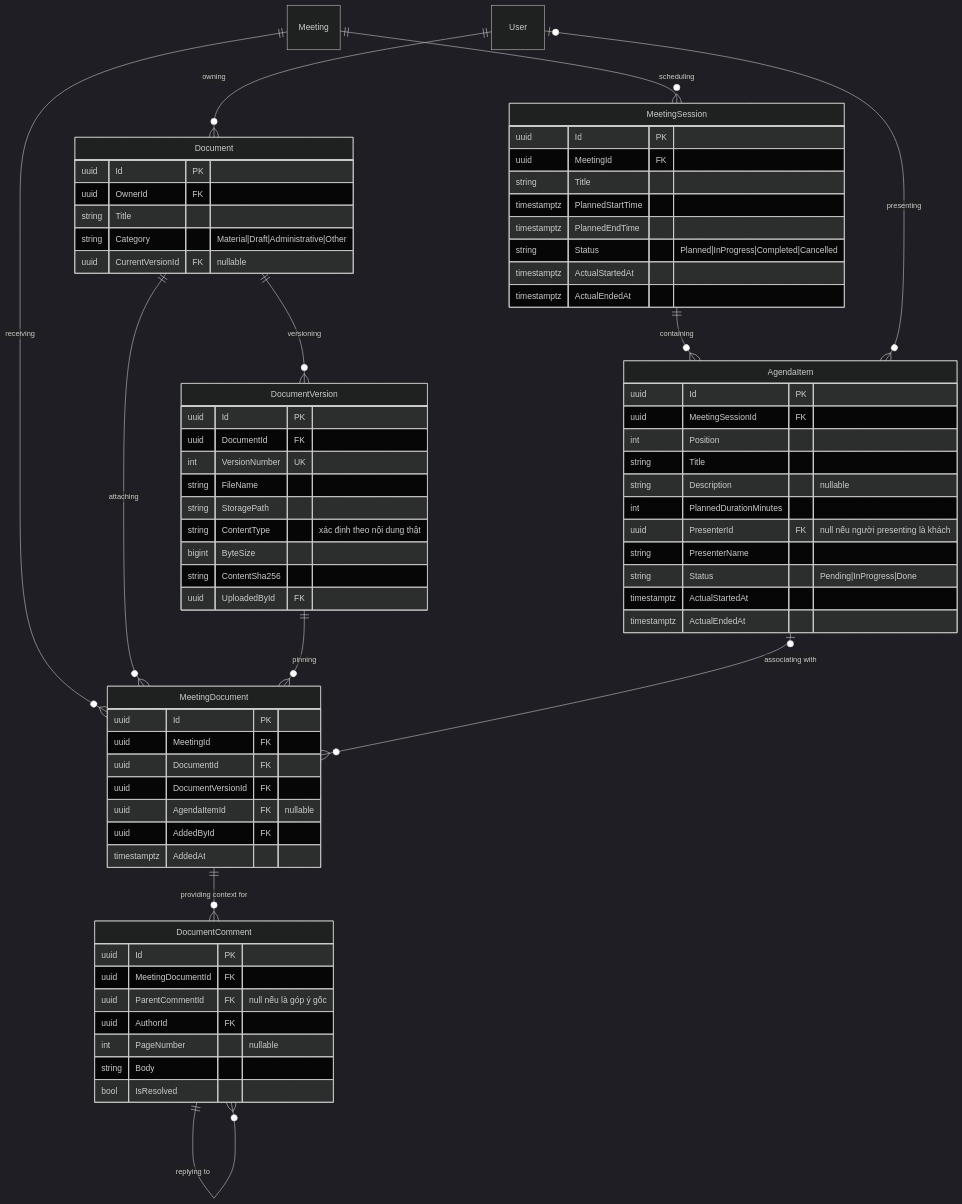
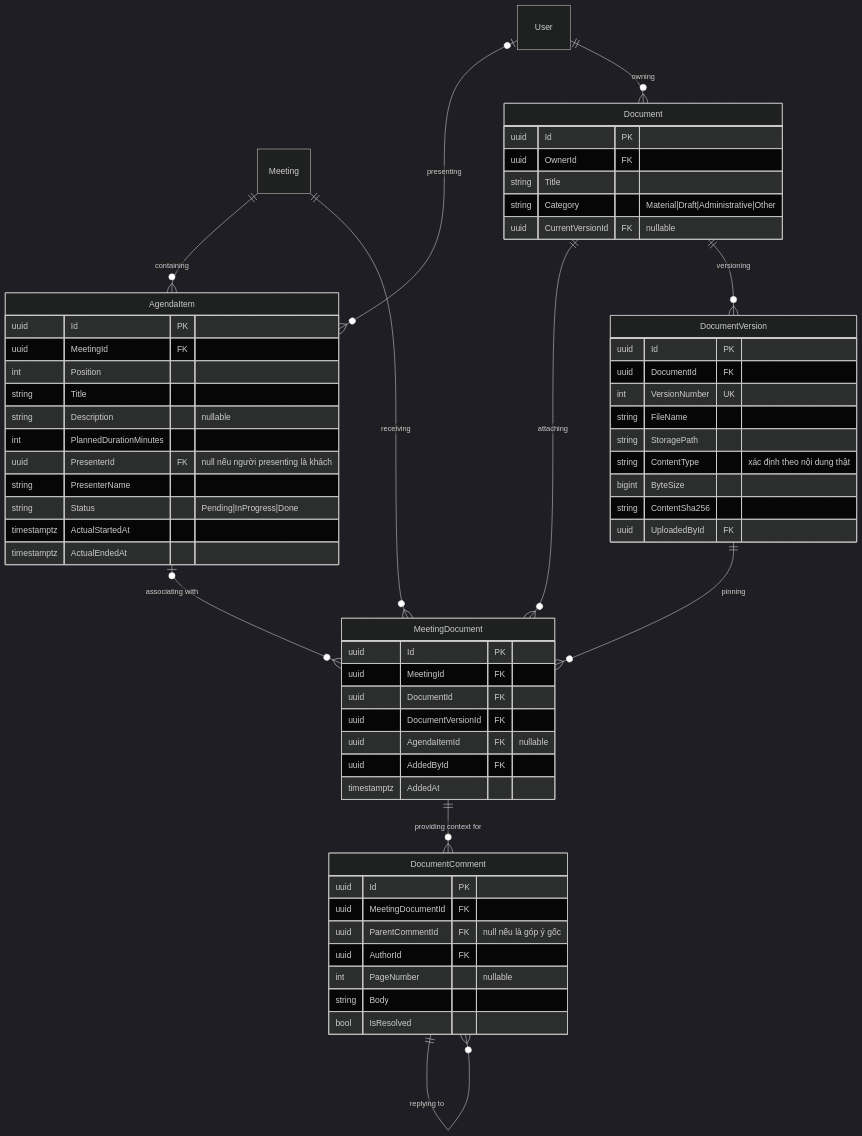
Before and after one commit to callmehai/FU-FA26-G116: the second of 6 diagrams in docs/02-design/02-erd.md, drawn with Mermaid (dark theme). The commit also changed other lines of this file and 244 other files, not shown here.

First line of the commit message:
[Doc]: Đồng bộ toàn bộ docs theo nghiệp vụ mới — bỏ Meeting Session, gom và đánh số lại 70 UC

````diff
--- a/docs/02-design/02-erd.md
+++ b/docs/02-design/02-erd.md
@@ -157,75 +163,63 @@
 ```mermaid
 erDiagram
-    Meeting ||--o{ MeetingSession : "scheduling"
-    MeetingSession ||--o{ AgendaItem : "containing"
+    Meeting ||--o{ AgendaItem : "containing"
     User o|--o{ AgendaItem : "presenting"
     User ||--o{ Document : "owning"
     Meeting ||--o{ MeetingDocument : "receiving"
     Document ||--o{ MeetingDocument : "attaching"
     DocumentVersion ||--o{ MeetingDocument : "pinning"
     AgendaItem o|--o{ MeetingDocument : "associating with"
     MeetingDocument ||--o{ DocumentComment : "providing context for"
     Document ||--o{ DocumentVersion : "versioning"
     DocumentComment ||--o{ DocumentComment : "replying to"
 
-    MeetingSession {
+    AgendaItem {
         uuid Id PK
         uuid MeetingId FK
-        string Title
-        timestamptz PlannedStartTime
-        timestamptz PlannedEndTime
-        string Status "Planned|InProgress|Completed|Cancelled"
-        timestamptz ActualStartedAt
-        timestamptz ActualEndedAt
-    }
-
-    AgendaItem {
-        uuid Id PK
-        uuid MeetingSessionId FK
         int Position
         string Title
         string Description "nullable"
         int PlannedDurationMinutes
         uuid PresenterId FK "null nếu người presenting là khách"
         string PresenterName
         string Status "Pending|InProgress|Done"
         timestamptz ActualStartedAt
         timestamptz ActualEndedAt
     }
     Document {
         uuid Id PK
         uuid OwnerId FK
         string Title
         string Category "Material|Draft|Administrative|Other"
         uuid CurrentVersionId FK "nullable"
     }
     DocumentVersion {
         uuid Id PK
         uuid DocumentId FK
         int VersionNumber UK
         string FileName
         string StoragePath
         string ContentType "xác định theo nội dung thật"
         bigint ByteSize
         string ContentSha256
         uuid UploadedById FK
     }
     MeetingDocument {
         uuid Id PK
         uuid MeetingId FK
         uuid DocumentId FK
         uuid DocumentVersionId FK
         uuid AgendaItemId FK "nullable"
         uuid AddedById FK
         timestamptz AddedAt
     }
     DocumentComment {
         uuid Id PK
         uuid MeetingDocumentId FK
         uuid ParentCommentId FK "null nếu là góp ý gốc"
         uuid AuthorId FK
         int PageNumber "nullable"
         string Body
         bool IsResolved
     }
 ```
````
